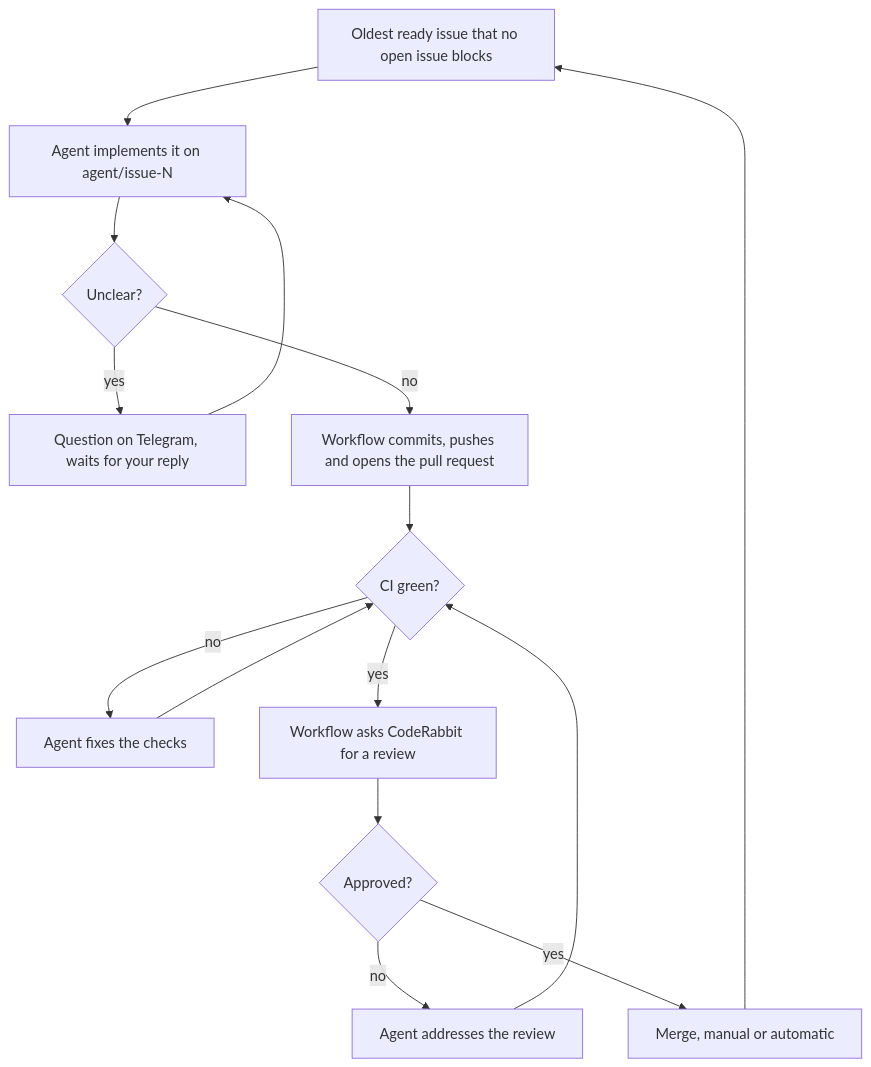
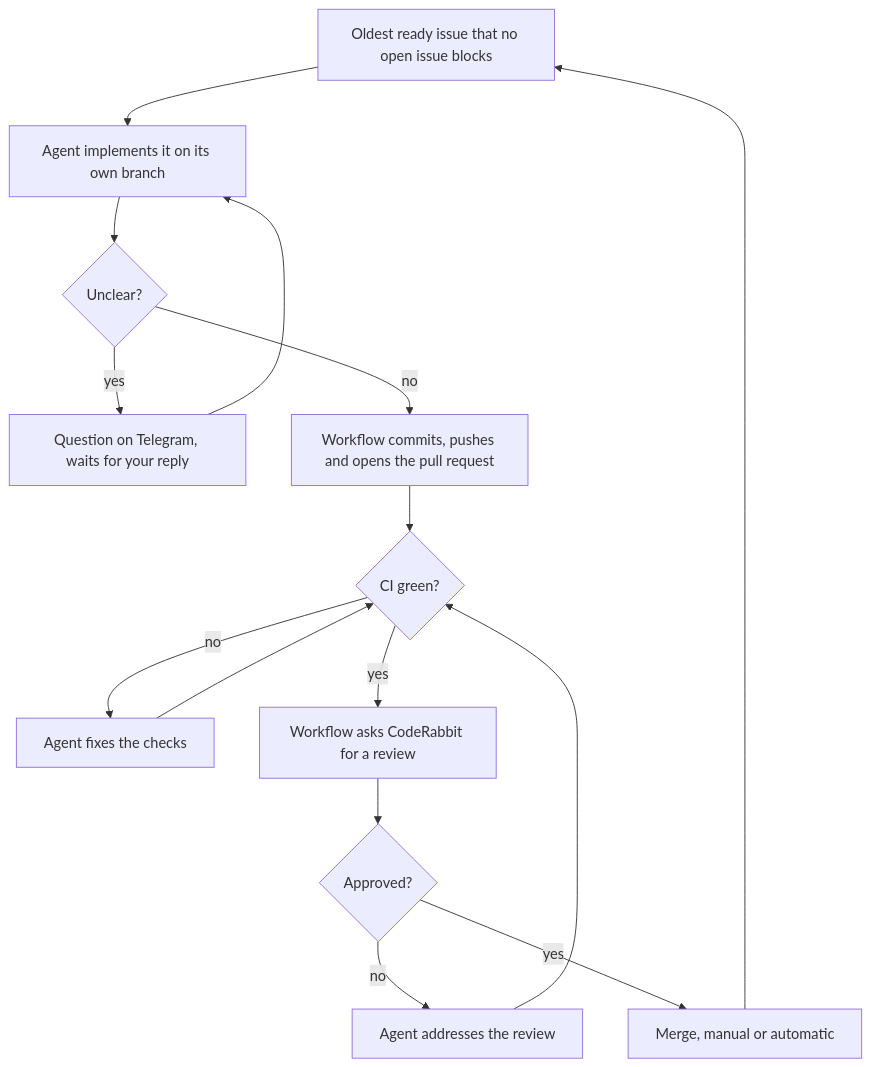
Before and after one commit to PeppeColi/peppec: the diagram in docs/architecture.md, drawn with Mermaid. The commit also changed other lines of this file and 9 other files, not shown here.

````diff
--- a/docs/architecture.md
+++ b/docs/architecture.md
@@ -27,17 +27,17 @@
 ```mermaid
 flowchart TD
-    A[Oldest ready issue that no open issue blocks] --> B[Agent implements it on agent/issue-N]
+    A[Oldest ready issue that no open issue blocks] --> B[Agent implements it on its own branch]
     B --> Q{Unclear?}
     Q -- yes --> W[Question on Telegram, waits for your reply]
     W --> B
     Q -- no --> P[Workflow commits, pushes and opens the pull request]
     P --> C{CI green?}
     C -- no --> F[Agent fixes the checks]
     F --> C
     C -- yes --> R[Workflow asks CodeRabbit for a review]
     R --> D{Approved?}
     D -- no --> G[Agent addresses the review]
     G --> C
     D -- yes --> M[Merge, manual or automatic]
     M --> A
 ```
````
